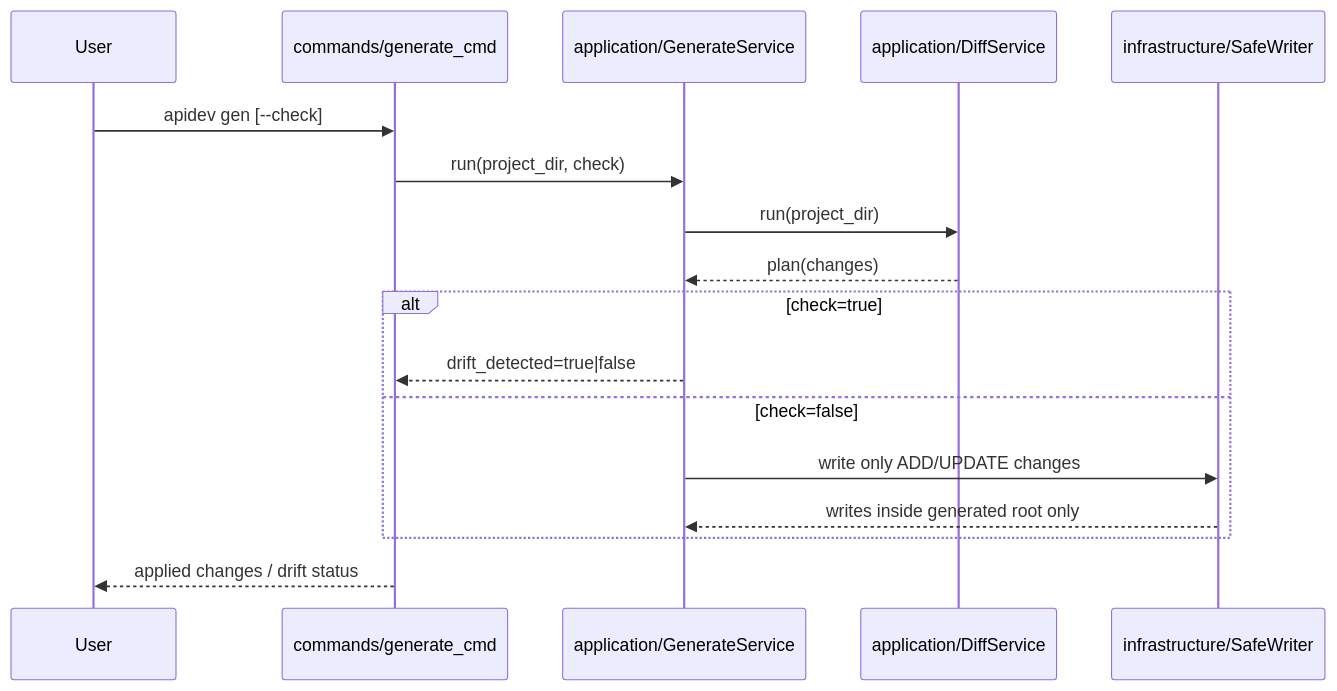
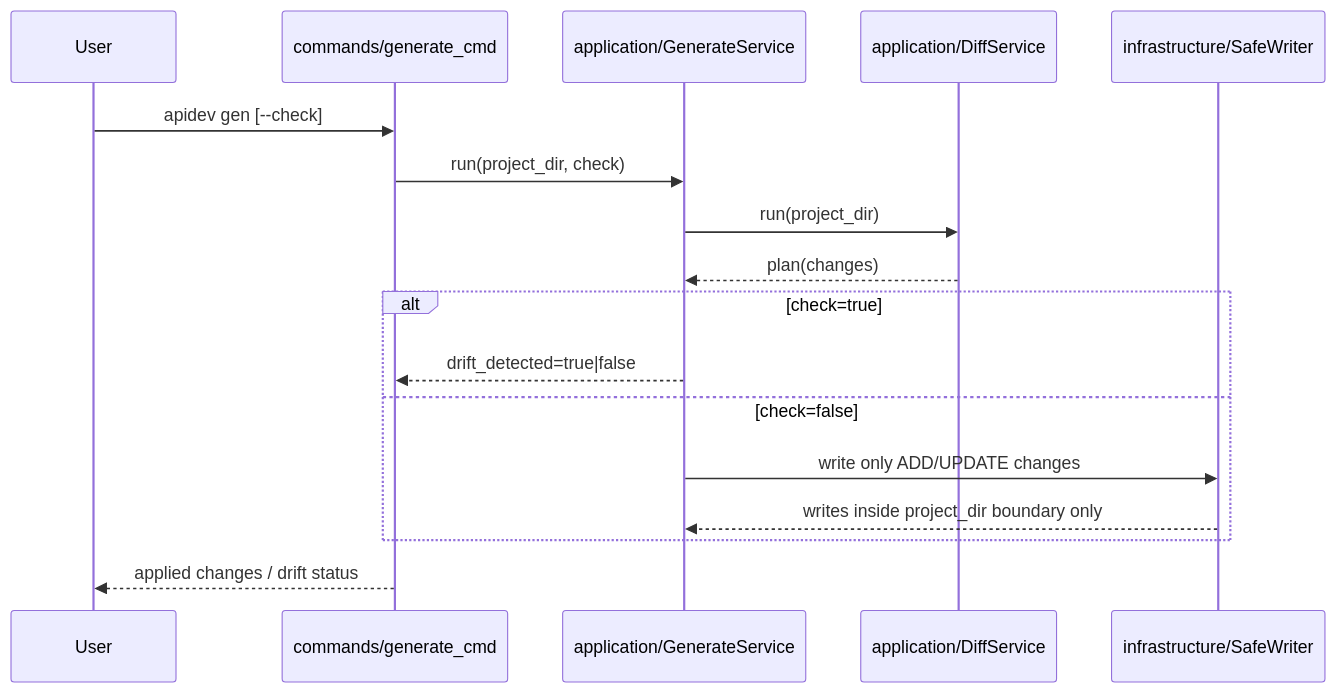
The fourth of 4 diagrams in docs/architecture/architecture-overview.md (alexey-gladilin/apidev), drawn with Mermaid before and after one commit. The commit also changed other lines of this file and 24 other files, not shown here.

First line of the commit message:
docs: Update architecture documentation for generated output boundaries

````diff
--- a/docs/architecture/architecture-overview.md
+++ b/docs/architecture/architecture-overview.md
@@ -83,22 +83,22 @@
 ```mermaid
 sequenceDiagram
     participant U as User
     participant CMD as commands/generate_cmd
     participant GENSVC as application/GenerateService
     participant DIFF as application/DiffService
     participant WR as infrastructure/SafeWriter
 
     U->>CMD: apidev gen [--check]
     CMD->>GENSVC: run(project_dir, check)
     GENSVC->>DIFF: run(project_dir)
     DIFF-->>GENSVC: plan(changes)
 
     alt check=true
         GENSVC-->>CMD: drift_detected=true|false
     else check=false
         GENSVC->>WR: write only ADD/UPDATE changes
-        WR-->>GENSVC: writes inside generated root only
+        WR-->>GENSVC: writes inside project_dir boundary only
     end
 
     CMD-->>U: applied changes / drift status
 ```
````
